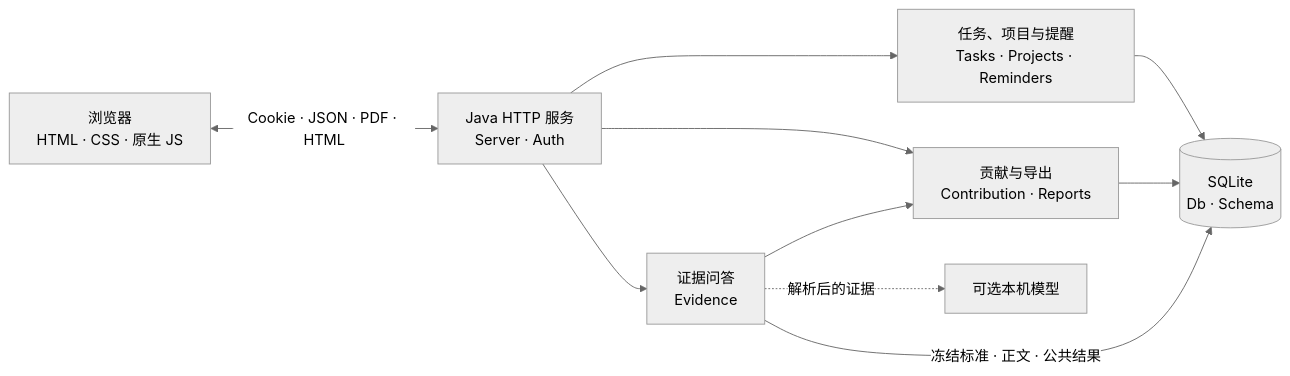
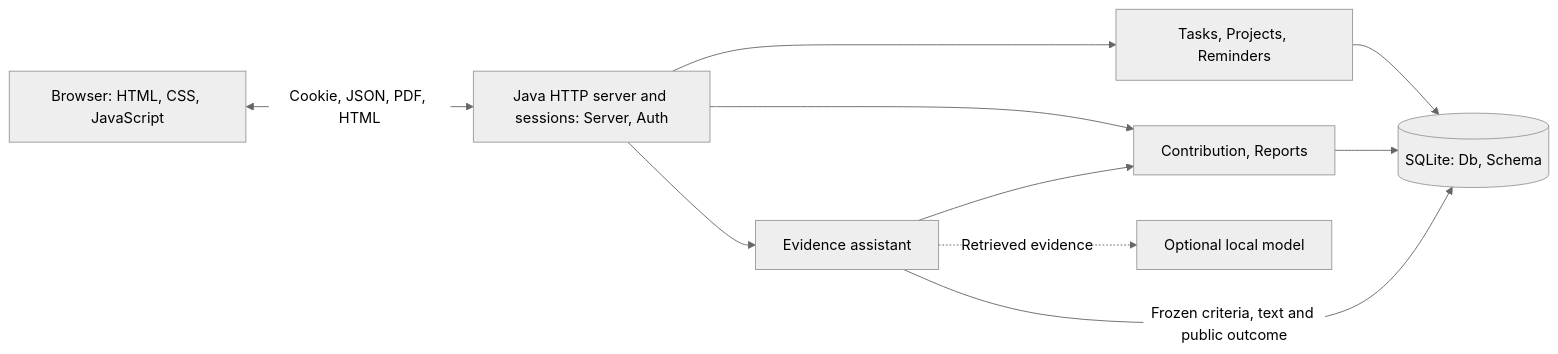
Before and after one commit to Royroylh/Anti-freerider: the diagram in docs/DESIGN.md, drawn with Mermaid (neutral theme). The commit also changed other lines of this file and 21 other files, not shown here.

````diff
--- a/docs/DESIGN.md
+++ b/docs/DESIGN.md
@@ -7,19 +7,19 @@
 ```mermaid
 flowchart LR
-    B["浏览器<br/>HTML · CSS · 原生 JS"]
-    H["Java HTTP 服务<br/>Server · Auth"]
-    W["任务、项目与提醒<br/>Tasks · Projects · Reminders"]
-    E["证据问答<br/>Evidence"]
-    C["贡献与导出<br/>Contribution · Reports"]
-    D[("SQLite<br/>Db · Schema")]
-    M["可选本机模型"]
-    B <-->|Cookie · JSON · PDF · HTML| H
+    B["Browser: HTML, CSS, JavaScript"]
+    H["Java HTTP server and sessions: Server, Auth"]
+    W["Tasks, Projects, Reminders"]
+    E["Evidence assistant"]
+    C["Contribution, Reports"]
+    D[("SQLite: Db, Schema")]
+    M["Optional local model"]
+    B <-->|Cookie, JSON, PDF, HTML| H
     H --> W
     H --> E
     H --> C
     W --> D
     C --> D
     E --> C
-    E -->|冻结标准 · 正文 · 公共结果| D
-    E -.->|解析后的证据| M
+    E -->|Frozen criteria, text and public outcome| D
+    E -.->|Retrieved evidence| M
 ```
````
